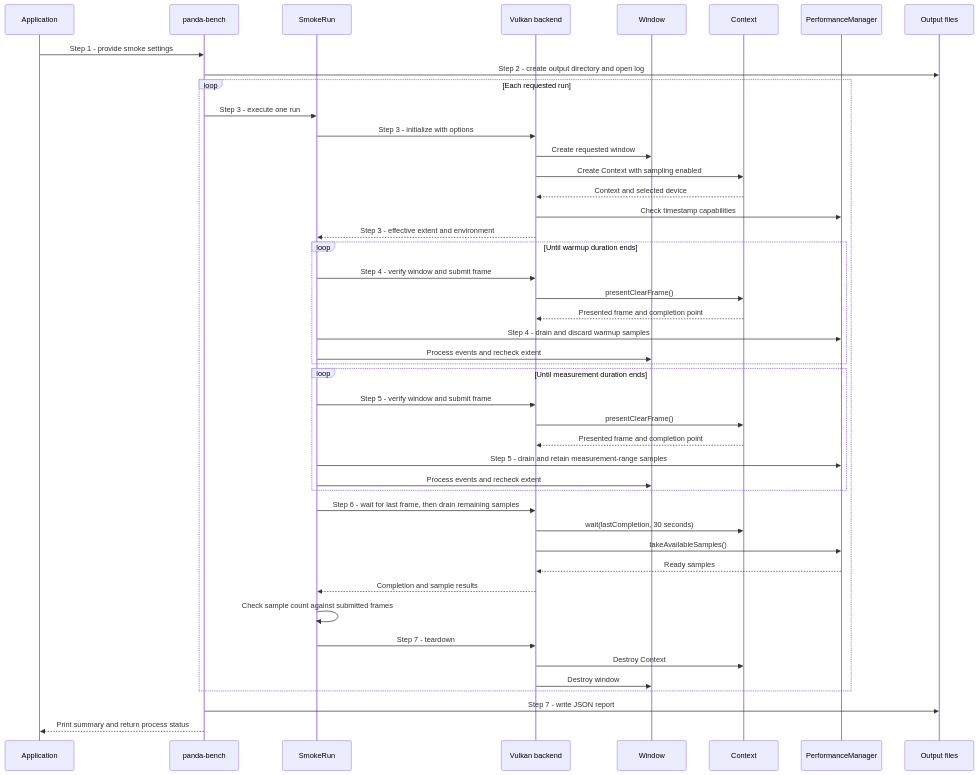
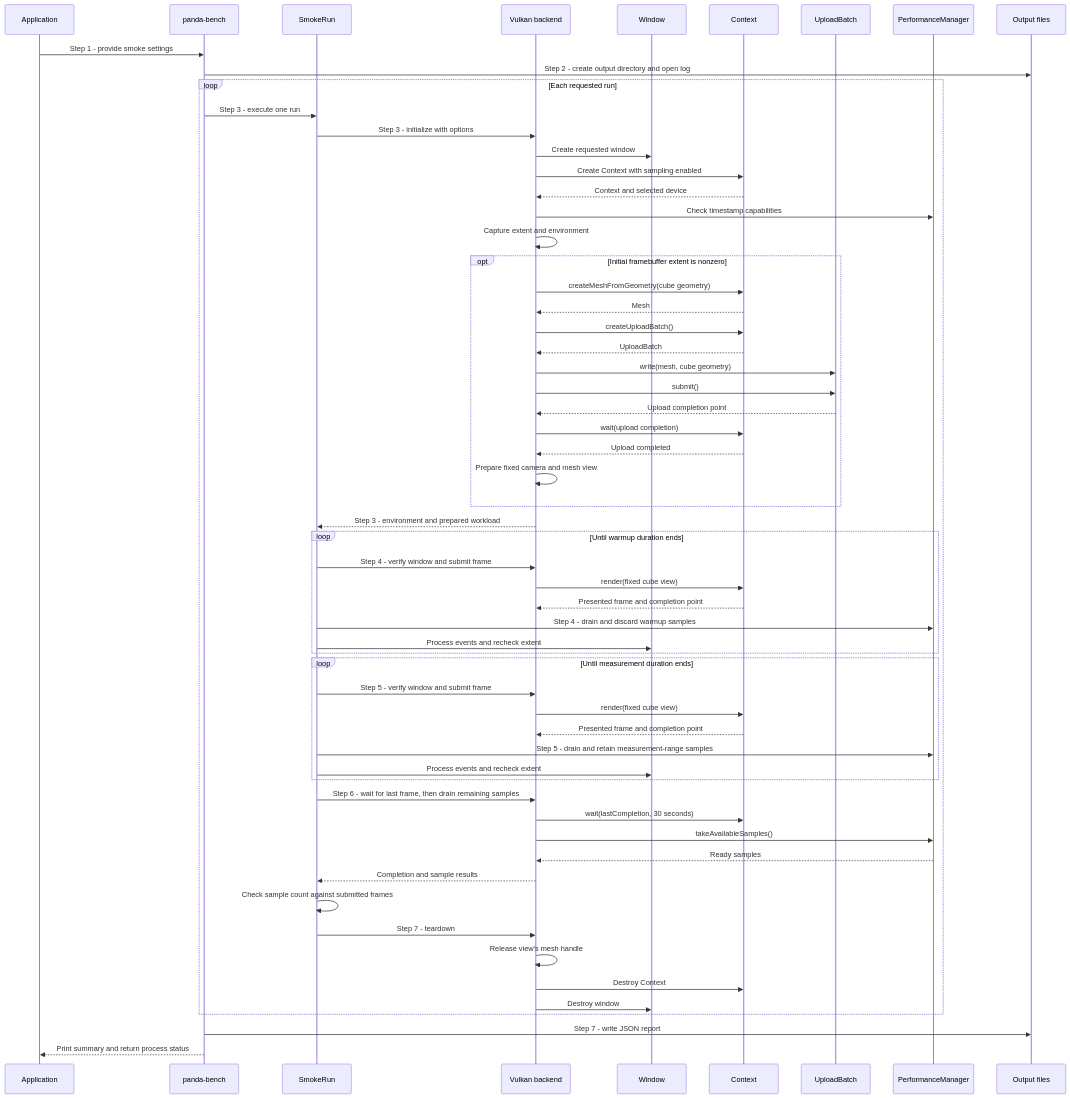
The first of 2 diagrams in docs/use-cases/benchmark-smoke-run.md (a-soltysik/Panda), drawn with Mermaid before and after one commit. The commit also changed other lines of this file and 68 other files, not shown here.

````diff
--- a/docs/use-cases/benchmark-smoke-run.md
+++ b/docs/use-cases/benchmark-smoke-run.md
@@ -53,47 +57,62 @@
 ```mermaid
 sequenceDiagram
     participant A as Application
     participant M as panda-bench
     participant S as SmokeRun
     participant B as Vulkan backend
     participant W as Window
     participant C as Context
+    participant U as UploadBatch
     participant P as PerformanceManager
     participant F as Output files
     A->>M: Step 1 - provide smoke settings
     M->>F: Step 2 - create output directory and open log
     loop Each requested run
         M->>S: Step 3 - execute one run
         S->>B: Step 3 - initialize with options
         B->>W: Create requested window
         B->>C: Create Context with sampling enabled
         C-->>B: Context and selected device
         B->>P: Check timestamp capabilities
-        B-->>S: Step 3 - effective extent and environment
+        B->>B: Capture extent and environment
+        opt Initial framebuffer extent is nonzero
+            B->>C: createMeshFromGeometry(cube geometry)
+            C-->>B: Mesh
+            B->>C: createUploadBatch()
+            C-->>B: UploadBatch
+            B->>U: write(mesh, cube geometry)
+            B->>U: submit()
+            U-->>B: Upload completion point
+            B->>C: wait(upload completion)
+            C-->>B: Upload completed
+            B->>B: Prepare fixed camera and mesh view
+        end
+        B-->>S: Step 3 - environment and prepared workload
         loop Until warmup duration ends
             S->>B: Step 4 - verify window and submit frame
-            B->>C: presentClearFrame()
+            B->>C: render(fixed cube view)
             C-->>B: Presented frame and completion point
             S->>P: Step 4 - drain and discard warmup samples
             S->>W: Process events and recheck extent
         end
         loop Until measurement duration ends
             S->>B: Step 5 - verify window and submit frame
-            B->>C: presentClearFrame()
+            B->>C: render(fixed cube view)
             C-->>B: Presented frame and completion point
             S->>P: Step 5 - drain and retain measurement-range samples
             S->>W: Process events and recheck extent
         end
         S->>B: Step 6 - wait for last frame, then drain remaining samples
         B->>C: wait(lastCompletion, 30 seconds)
         B->>P: takeAvailableSamples()
         P-->>B: Ready samples
         B-->>S: Completion and sample results
         S->>S: Check sample count against submitted frames
         S->>B: Step 7 - teardown
+        B->>B: Release view's mesh handle
         B->>C: Destroy Context
         B->>W: Destroy window
     end
     M->>F: Step 7 - write JSON report
     M-->>A: Print summary and return process status
 ```
````
